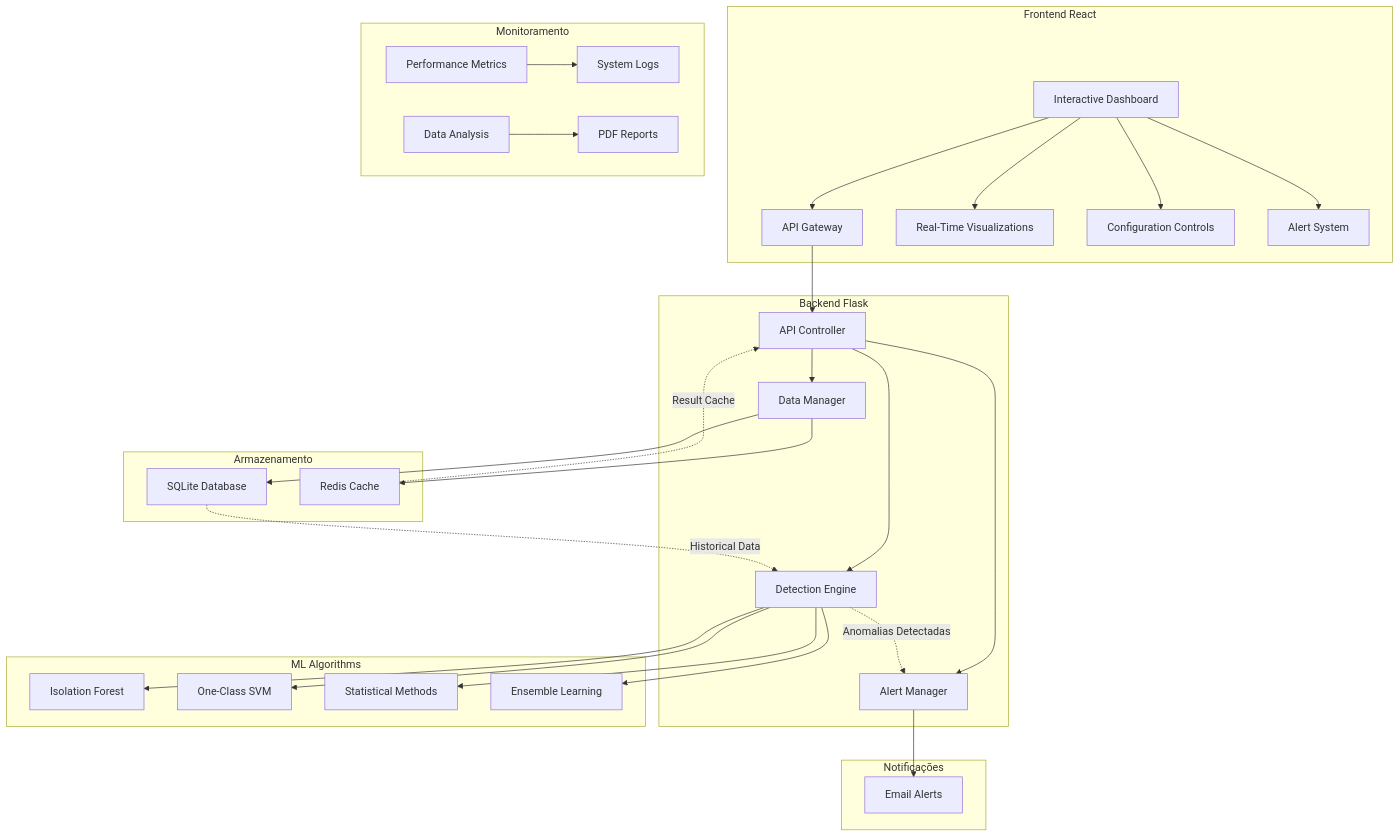
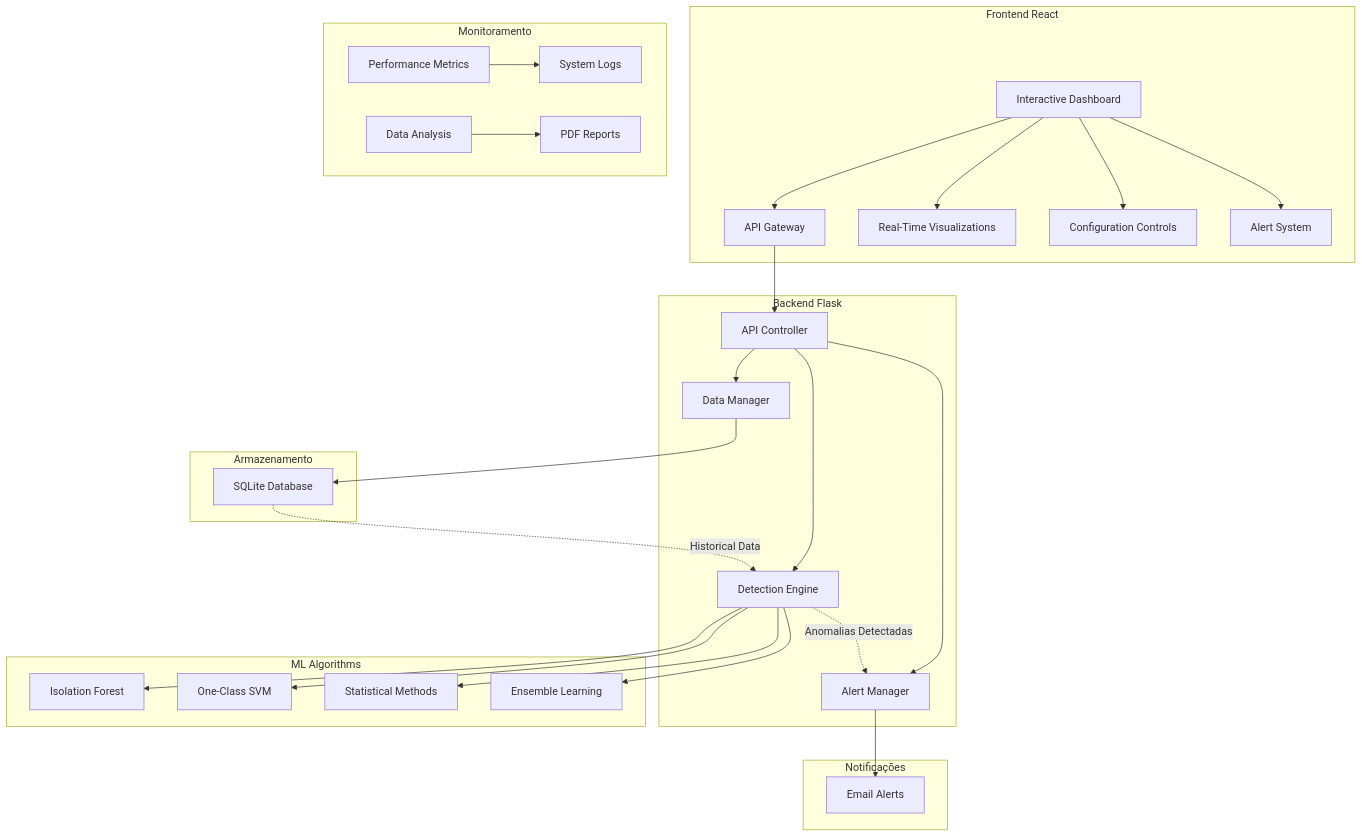
Before and after one commit to galafis/Anomaly-Detection-System: the second of 2 diagrams in README.md, drawn with Mermaid. The commit also changed other lines of this file and 12 other files, not shown here.

````diff
--- a/README.md
+++ b/README.md
@@ -587,41 +559,39 @@
 ```mermaid
 graph TD
     subgraph "Frontend React"
         A[Interactive Dashboard] --> B[API Gateway]
         A --> C[Real-Time Visualizations]
         A --> D[Configuration Controls]
         A --> E[Alert System]
     end
 
     subgraph "Backend Flask"
         B --> F[API Controller]
         F --> G[Detection Engine]
         F --> H[Alert Manager]
         F --> I[Data Manager]
     end
 
     subgraph "ML Algorithms"
         G --> J[Isolation Forest]
         G --> K[One-Class SVM]
         G --> L[Statistical Methods]
         G --> M[Ensemble Learning]
     end
 
     subgraph "Armazenamento"
         I --> N[SQLite Database]
-        I --> O[Redis Cache]
     end
 
     subgraph "Notificações"
         H --> P[Email Alerts]
     end
 
     subgraph "Monitoramento"
         R[Performance Metrics] --> S[System Logs]
         T[Data Analysis] --> U[PDF Reports]
     end
 
     N -.->|Historical Data| G
-    O -.->|Result Cache| F
     G -.->|Anomalias Detectadas| H
 ```
````
